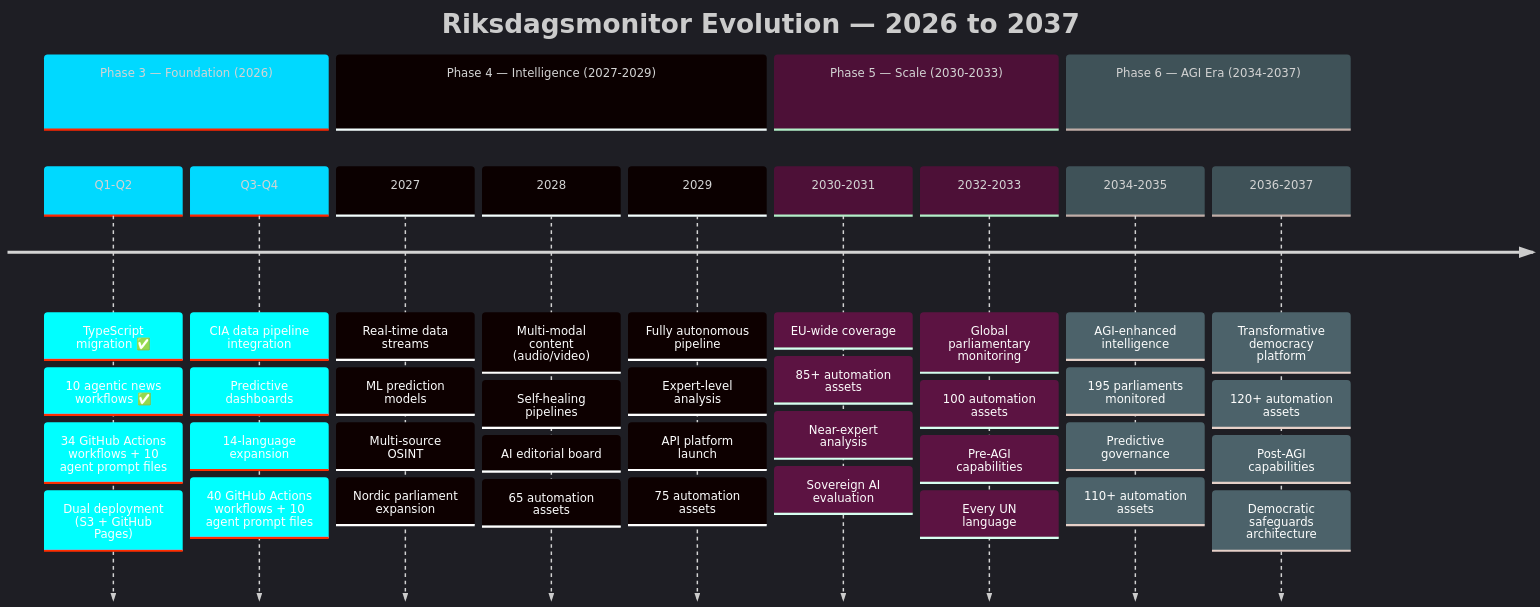
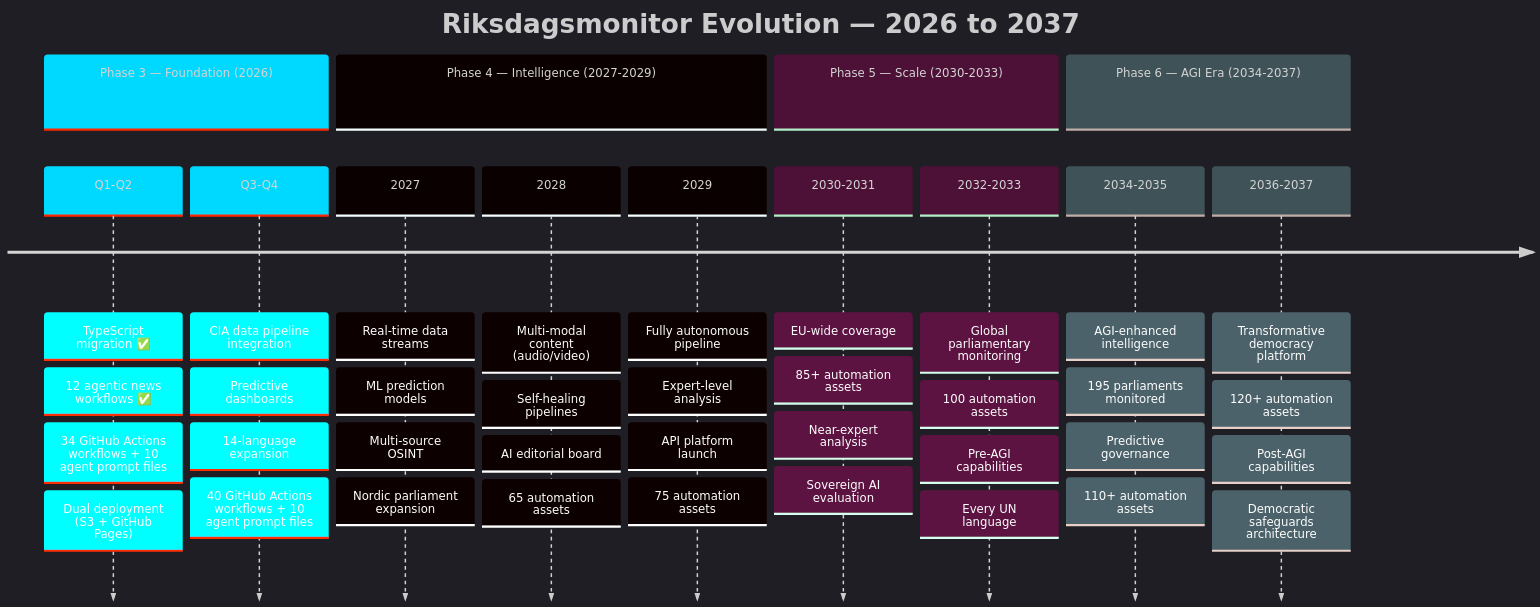
Before and after one commit to Hack23/riksdagsmonitor: the second of 7 diagrams in README.md, drawn with Mermaid. The commit also changed other lines of this file and 7 other files, not shown here.

````diff
--- a/README.md
+++ b/README.md
@@ -786,45 +786,45 @@
 ```mermaid
 %%{init: {"theme": "dark", "themeVariables": {"primaryColor": "#00d9ff", "primaryTextColor": "#e0e0e0", "primaryBorderColor": "#ff006e", "lineColor": "#ffbe0b", "secondaryColor": "#1a1e3d", "tertiaryColor": "#0a0e27", "background": "#0a0e27"}}}%%
 timeline
     title Riksdagsmonitor Evolution — 2026 to 2037
     section Phase 3 — Foundation (2026)
         Q1-Q2 : TypeScript migration ✅
-               : 10 agentic news workflows ✅
+               : 12 agentic news workflows ✅
                : 34 GitHub Actions workflows + 10 agent prompt files
                : Dual deployment (S3 + GitHub Pages)
         Q3-Q4 : CIA data pipeline integration
                : Predictive dashboards
                : 14-language expansion
                : 40 GitHub Actions workflows + 10 agent prompt files
     section Phase 4 — Intelligence (2027-2029)
         2027 : Real-time data streams
              : ML prediction models
              : Multi-source OSINT
              : Nordic parliament expansion
         2028 : Multi-modal content (audio/video)
              : Self-healing pipelines
              : AI editorial board
              : 65 automation assets
         2029 : Fully autonomous pipeline
              : Expert-level analysis
              : API platform launch
              : 75 automation assets
     section Phase 5 — Scale (2030-2033)
         2030-2031 : EU-wide coverage
                   : 85+ automation assets
                   : Near-expert analysis
                   : Sovereign AI evaluation
         2032-2033 : Global parliamentary monitoring
                   : 100 automation assets
                   : Pre-AGI capabilities
                   : Every UN language
     section Phase 6 — AGI Era (2034-2037)
         2034-2035 : AGI-enhanced intelligence
                   : 195 parliaments monitored
                   : Predictive governance
                   : 110+ automation assets
         2036-2037 : Transformative democracy platform
                   : 120+ automation assets
                   : Post-AGI capabilities
                   : Democratic safeguards architecture
 ```
````
